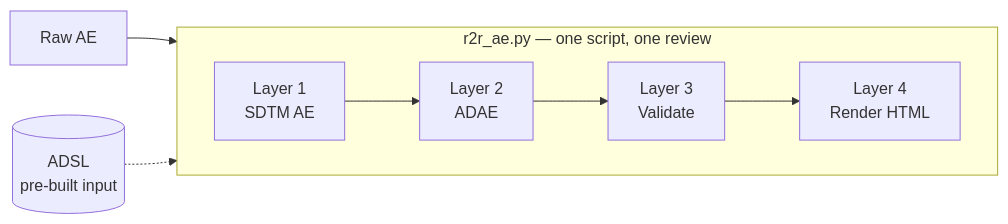
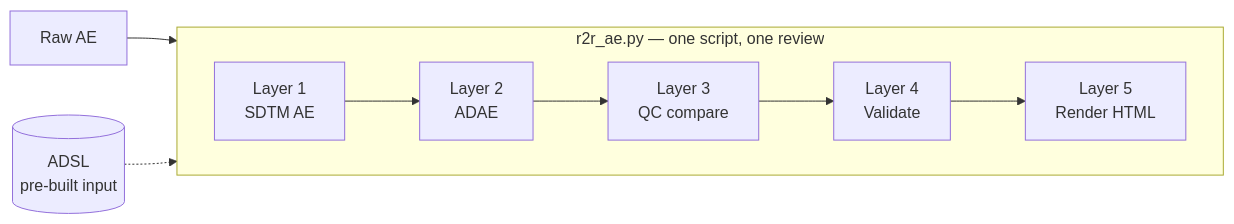
One commit to RealSlimMahdi/fleet-cdisc changed the second of 2 diagrams in docs/examples/r2r_strategy.md. Above: the diagram before and after it, drawn with Mermaid. The commit also changed other lines of this file and 3 other files, not shown here.

````diff
--- a/docs/examples/r2r_strategy.md
+++ b/docs/examples/r2r_strategy.md
@@ -49,11 +51,12 @@
 ```mermaid
 flowchart LR
     subgraph R2R["r2r_ae.py — one script, one review"]
         direction LR
         L1["Layer 1<br/>SDTM AE"] --> L2["Layer 2<br/>ADAE"]
-        L2 --> L3["Layer 3<br/>Validate"]
-        L3 --> L4["Layer 4<br/>Render HTML"]
+        L2 --> L3["Layer 3<br/>QC compare"]
+        L3 --> L4["Layer 4<br/>Validate"]
+        L4 --> L5["Layer 5<br/>Render HTML"]
     end
     RAWAE["Raw AE"] --> L1
     ADSL[("ADSL<br/>pre-built input")] -.-> L2
 ```
````
